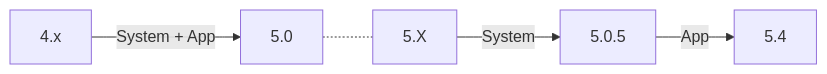
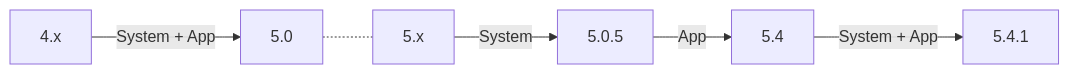
The diagram in Etrel Inch Firmware Update Procedure.md (Thundergrid149/Thundergrid-Installer-Instructions), drawn with Mermaid before and after one commit. The commit also changed other lines of this file, not shown here.

Commit message:
Update Etrel Inch Firmware Update Procedure.md

````diff
--- a/Etrel Inch Firmware Update Procedure.md
+++ b/Etrel Inch Firmware Update Procedure.md
@@ -50,9 +50,10 @@
 ```mermaid
 flowchart LR
 
 Z[4.x]-->|System + App|Y
 Y[5.0]-.-A
-A[5.X]-->| System |B
+A[5.x]-->| System |B
 B[5.0.5]-->| App |C
-C[5.4]
+C[5.4]-->|System + App|D
+D[5.4.1]
 ```
````
